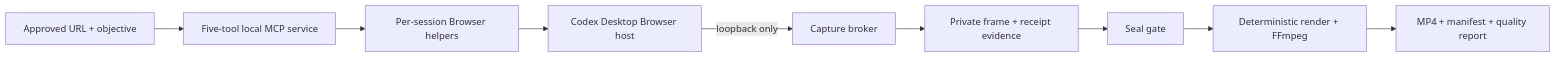
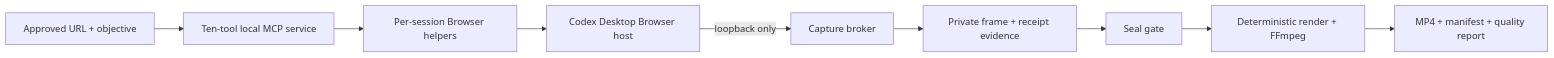
One commit to daniel-p-green/recordly-codex changed the diagram in docs/architecture.md. Above: the diagram before and after it, drawn with Mermaid. The commit also changed other lines of this file and 47 other files, not shown here.

````diff
--- a/docs/architecture.md
+++ b/docs/architecture.md
@@ -7,11 +7,11 @@
 ```mermaid
 flowchart LR
-  I["Approved URL + objective"] --> M["Five-tool local MCP service"]
+  I["Approved URL + objective"] --> M["Ten-tool local MCP service"]
   M --> H["Per-session Browser helpers"]
   H --> B["Codex Desktop Browser host"]
   B -->|"loopback only"| C["Capture broker"]
   C --> E["Private frame + receipt evidence"]
   E --> S["Seal gate"]
   S --> R["Deterministic render + FFmpeg"]
   R --> D["MP4 + manifest + quality report"]
 ```
````
